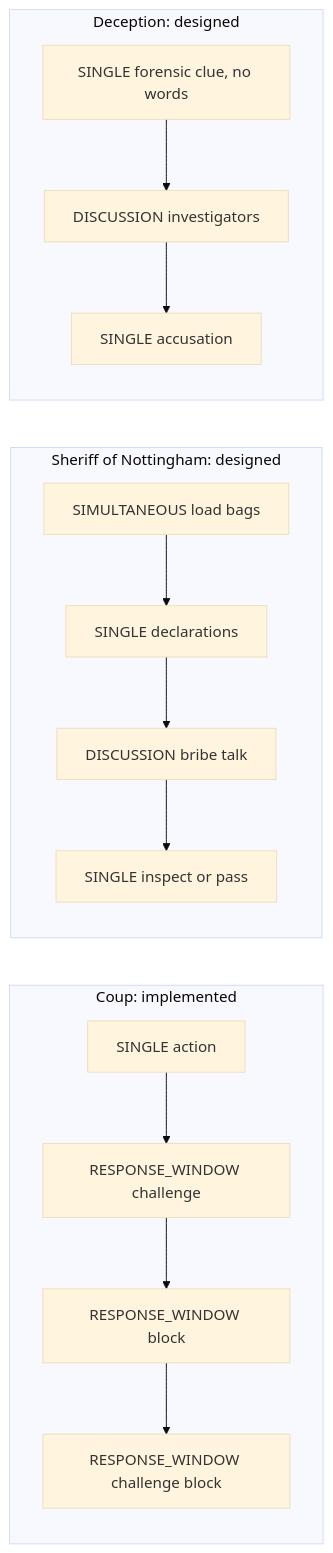
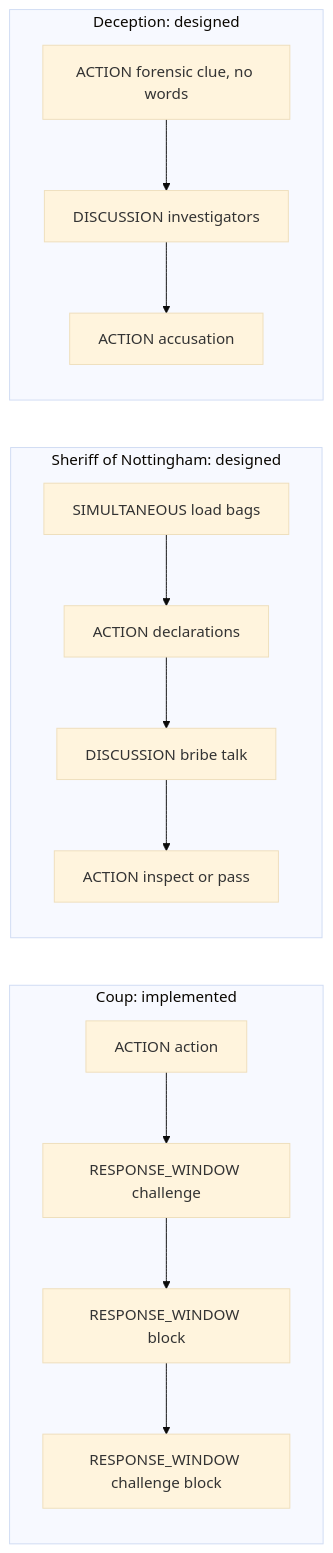
The third of 3 diagrams in docs/architecture.md (masatonaut/selfplay-worlds), drawn with Mermaid (base theme) before and after one commit. The commit also changed other lines of this file and 60 other files, not shown here.

````diff
--- a/docs/architecture.md
+++ b/docs/architecture.md
@@ -127,12 +127,12 @@
 ```mermaid
 flowchart LR
     subgraph Coup [Coup: implemented]
-        c1[SINGLE action] --> c2[RESPONSE_WINDOW challenge] --> c3[RESPONSE_WINDOW block] --> c4[RESPONSE_WINDOW challenge block]
+        c1[ACTION action] --> c2[RESPONSE_WINDOW challenge] --> c3[RESPONSE_WINDOW block] --> c4[RESPONSE_WINDOW challenge block]
     end
     subgraph Sheriff [Sheriff of Nottingham: designed]
-        s1[SIMULTANEOUS load bags] --> s2[SINGLE declarations] --> s3[DISCUSSION bribe talk] --> s4[SINGLE inspect or pass]
+        s1[SIMULTANEOUS load bags] --> s2[ACTION declarations] --> s3[DISCUSSION bribe talk] --> s4[ACTION inspect or pass]
     end
     subgraph Deception [Deception: designed]
-        d1[SINGLE forensic clue, no words] --> d2[DISCUSSION investigators] --> d3[SINGLE accusation]
+        d1[ACTION forensic clue, no words] --> d2[DISCUSSION investigators] --> d3[ACTION accusation]
     end
 ```
````
